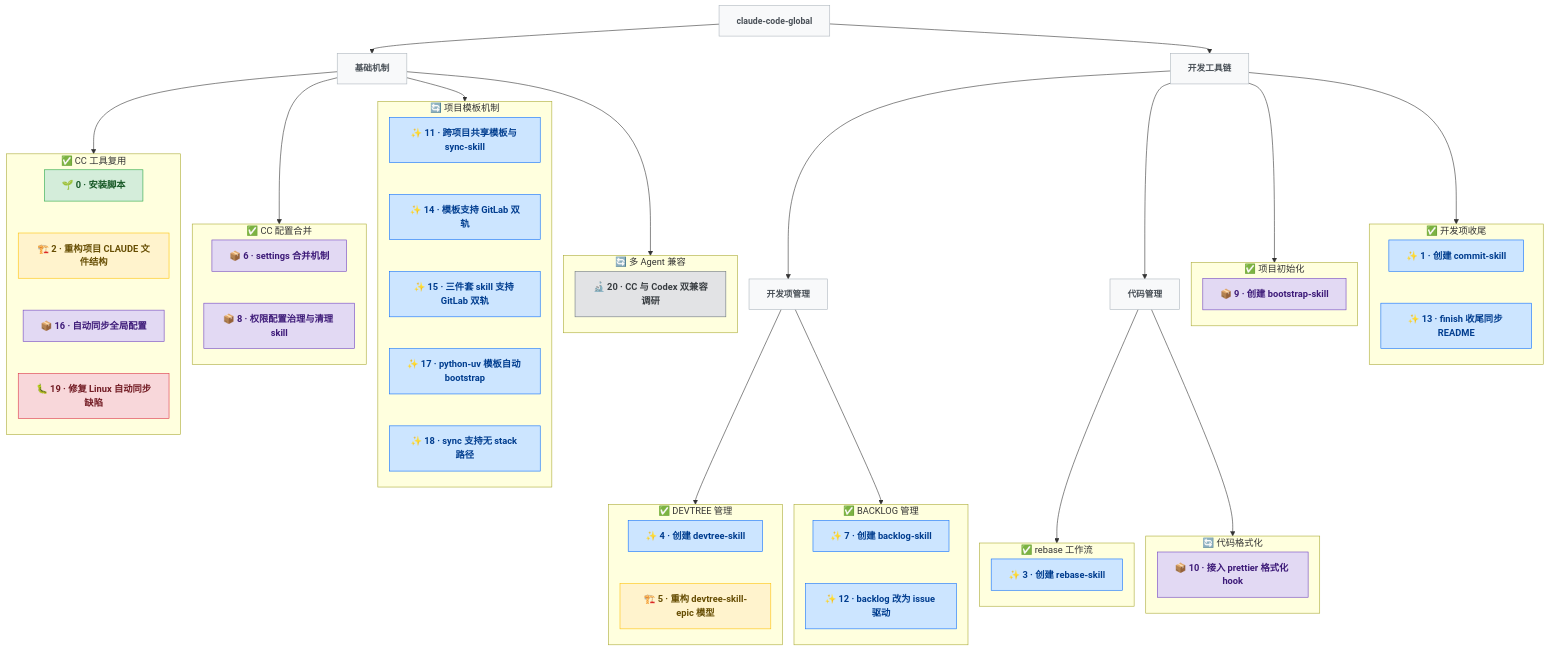
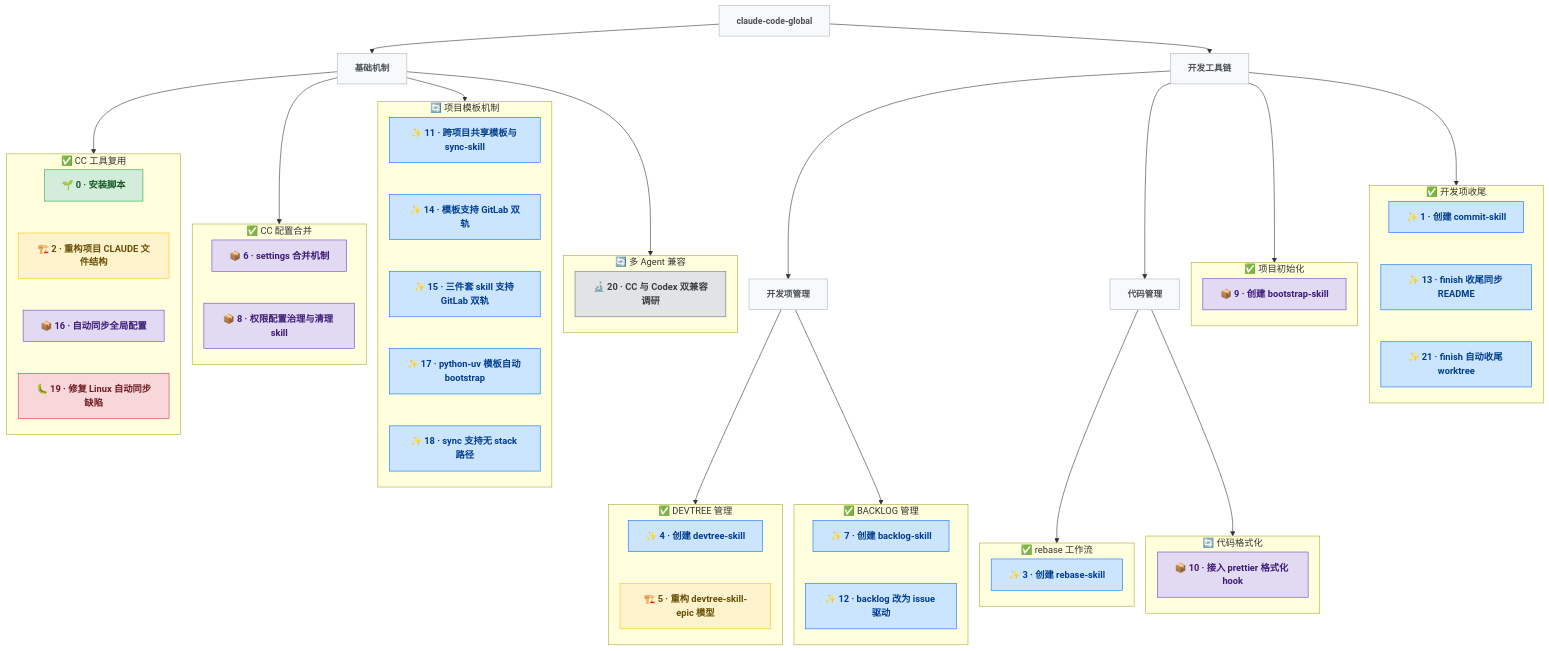
The diagram in docs/DEVTREE.md (pkulijing/claude-code-global), drawn with Mermaid before and after one commit. The commit also changed other lines of this file and 9 other files, not shown here.

First line of the commit message:
feat(skill): /start 默认建 worktree、/finish 自动收尾，开发工作流并行化

```diff
--- a/docs/DEVTREE.md
+++ b/docs/DEVTREE.md
@@ -87,7 +87,9 @@
     direction TB
     N1["✨ 1 · 创建 commit-skill"]:::feature
     N13["✨ 13 · finish 收尾同步 README"]:::feature
+    N21["✨ 21 · finish 自动收尾 worktree"]:::feature
     N1 ~~~ N13
+    N13 ~~~ N21
   end
 
   subgraph e_devtree["✅ DEVTREE 管理"]
```
